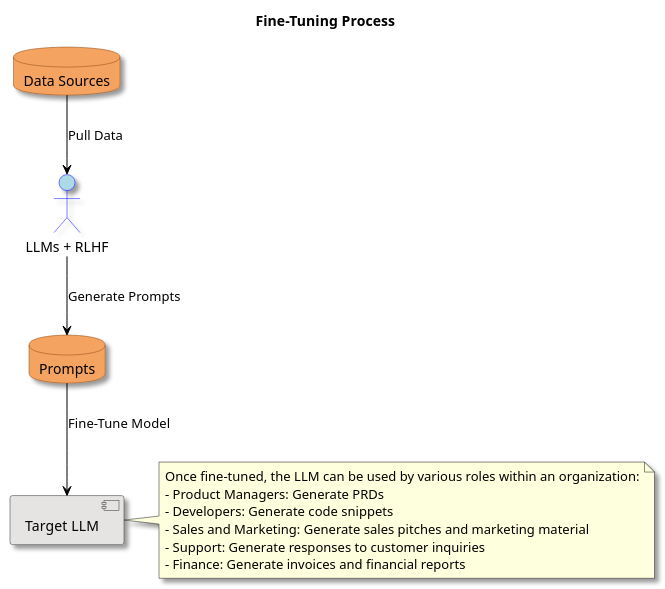
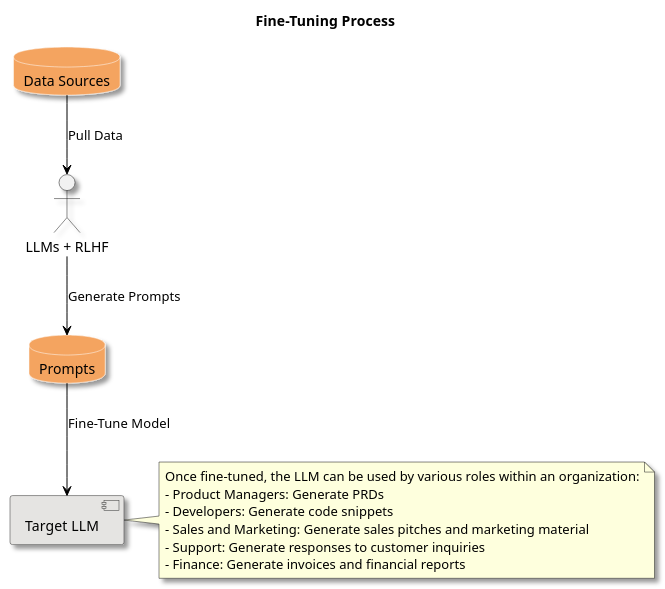
The diagram in README.md (geniusrise/geniusrise), drawn with PlantUML before and after one commit. The commit also changed other lines of this file, not shown here.

Commit message:
add makefile

````diff
--- a/README.md
+++ b/README.md
@@ -78,43 +75,39 @@
 ```plantuml
 @startuml
 skinparam monochrome false
 skinparam shadowing true
 skinparam componentStyle uml2
 skinparam component {
   BackgroundColor #E5E4E2
   BorderColor #333333
 }
 skinparam database {
   BackgroundColor #F4A460
-  BorderColor #8B4513
-}
-skinparam actor {
-  BackgroundColor #ADD8E6
-  BorderColor #0000FF
+  BorderColor #8B4513./assets/fine-tuning.png
 }
 skinparam arrow {
   Color #000000
 }
 
 title Fine-Tuning Process
 
 database "Data Sources" as DS
 actor "LLMs + RLHF" as LLM
 database "Prompts" as P
 component "Target LLM" as TM
 
 DS --> LLM : Pull Data
 LLM --> P : Generate Prompts
 P --> TM : Fine-Tune Model
 note right of TM
   Once fine-tuned, the LLM can be used by various roles within an organization:
   - Product Managers: Generate PRDs
   - Developers: Generate code snippets
   - Sales and Marketing: Generate sales pitches and marketing material
   - Support: Generate responses to customer inquiries
   - Finance: Generate invoices and financial reports
 end note
 
 @enduml
 
 ```
````
